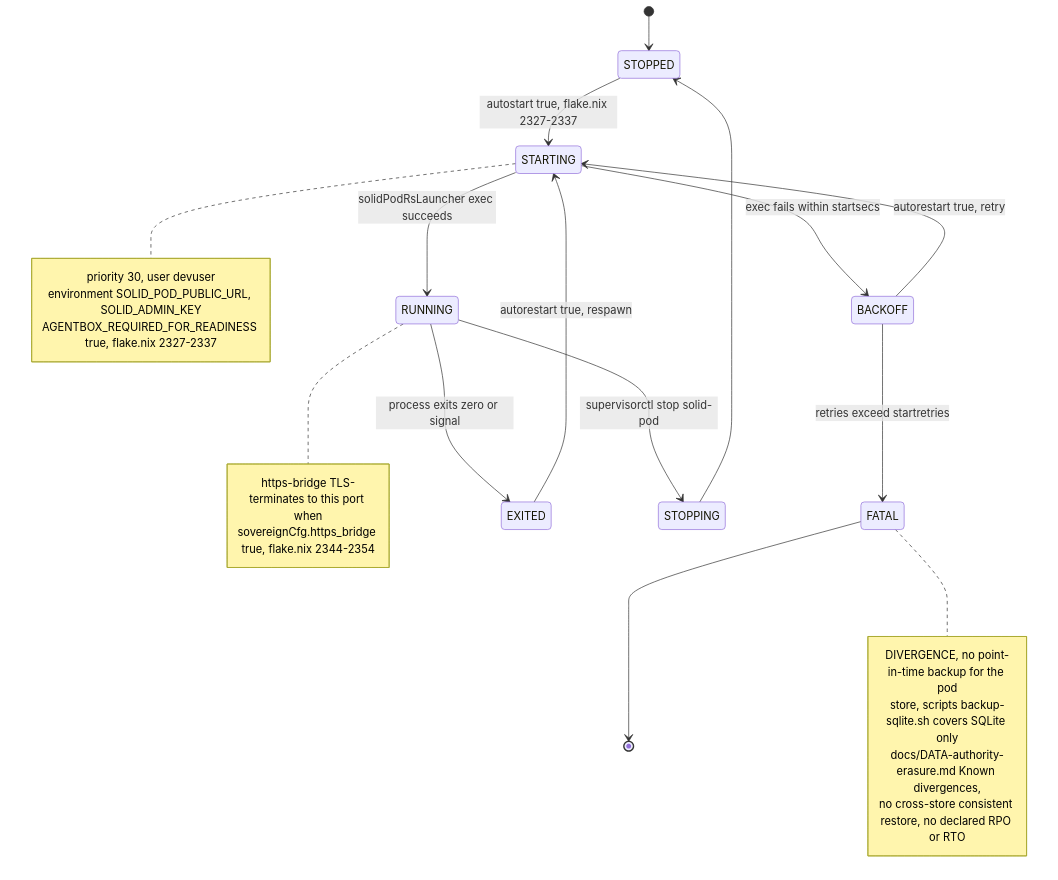
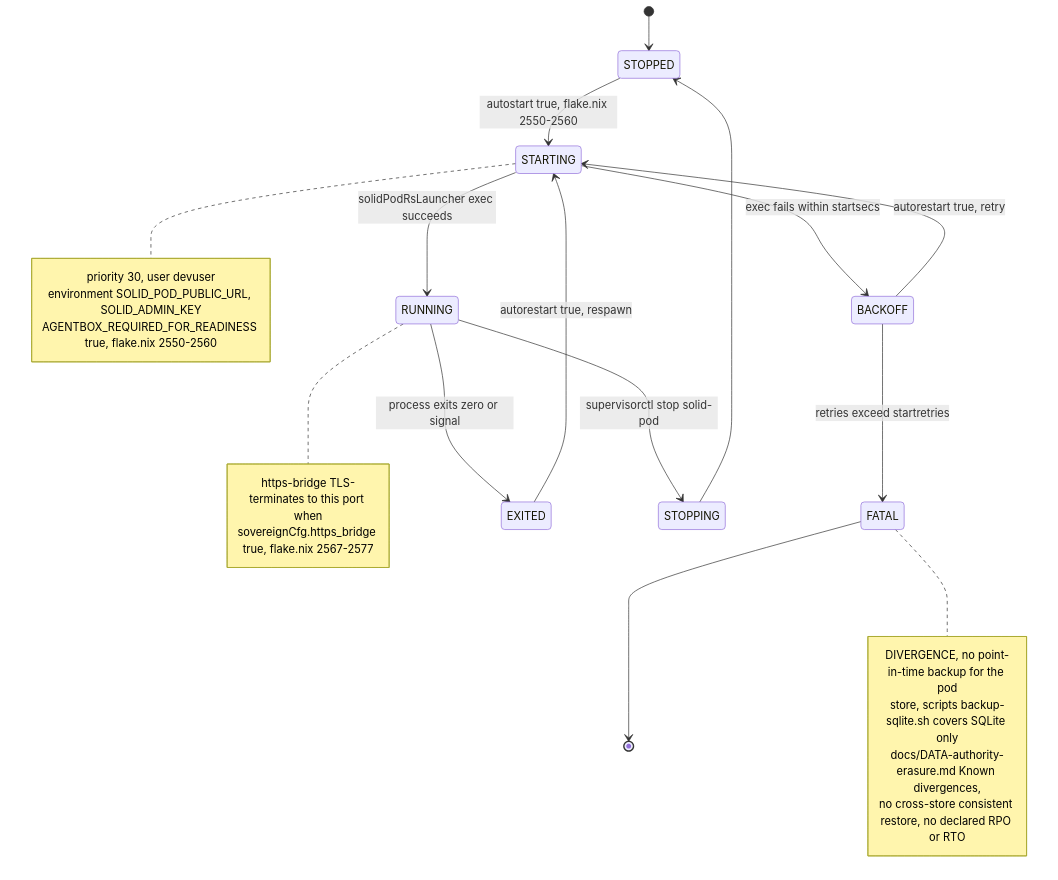
One commit to DreamLab-AI/VisionFlow changed the eighth of 12 diagrams in docs/diagrams/estate/08-solid-pod-estate.md. Above: the diagram before and after it, drawn with Mermaid. The commit also changed other lines of this file and 111 other files, not shown here.

Commit message:
docs(diagrams): align estate maps with current source

````diff
--- a/docs/diagrams/estate/08-solid-pod-estate.md
+++ b/docs/diagrams/estate/08-solid-pod-estate.md
@@ -387,18 +387,18 @@
 ```mermaid
 stateDiagram-v2
     [*] --> STOPPED
-    STOPPED --> STARTING : autostart true, flake.nix 2327-2337
+    STOPPED --> STARTING : autostart true, flake.nix 2550-2560
     STARTING --> RUNNING : solidPodRsLauncher exec succeeds
     STARTING --> BACKOFF : exec fails within startsecs
     BACKOFF --> STARTING : autorestart true, retry
     BACKOFF --> FATAL : retries exceed startretries
     RUNNING --> EXITED : process exits zero or signal
     RUNNING --> STOPPING : supervisorctl stop solid-pod
     EXITED --> STARTING : autorestart true, respawn
     STOPPING --> STOPPED
     FATAL --> [*]
 
-    note right of STARTING : priority 30, user devuser<br/>environment SOLID_POD_PUBLIC_URL, SOLID_ADMIN_KEY<br/>AGENTBOX_REQUIRED_FOR_READINESS true, flake.nix 2327-2337
-    note right of RUNNING : https-bridge TLS-terminates to this port when<br/>sovereignCfg.https_bridge true, flake.nix 2344-2354
+    note right of STARTING : priority 30, user devuser<br/>environment SOLID_POD_PUBLIC_URL, SOLID_ADMIN_KEY<br/>AGENTBOX_REQUIRED_FOR_READINESS true, flake.nix 2550-2560
+    note right of RUNNING : https-bridge TLS-terminates to this port when<br/>sovereignCfg.https_bridge true, flake.nix 2567-2577
     note right of FATAL : DIVERGENCE, no point-in-time backup for the pod<br/>store, scripts backup-sqlite.sh covers SQLite only<br/>docs/DATA-authority-erasure.md Known divergences,<br/>no cross-store consistent restore, no declared RPO or RTO
 ```
````
